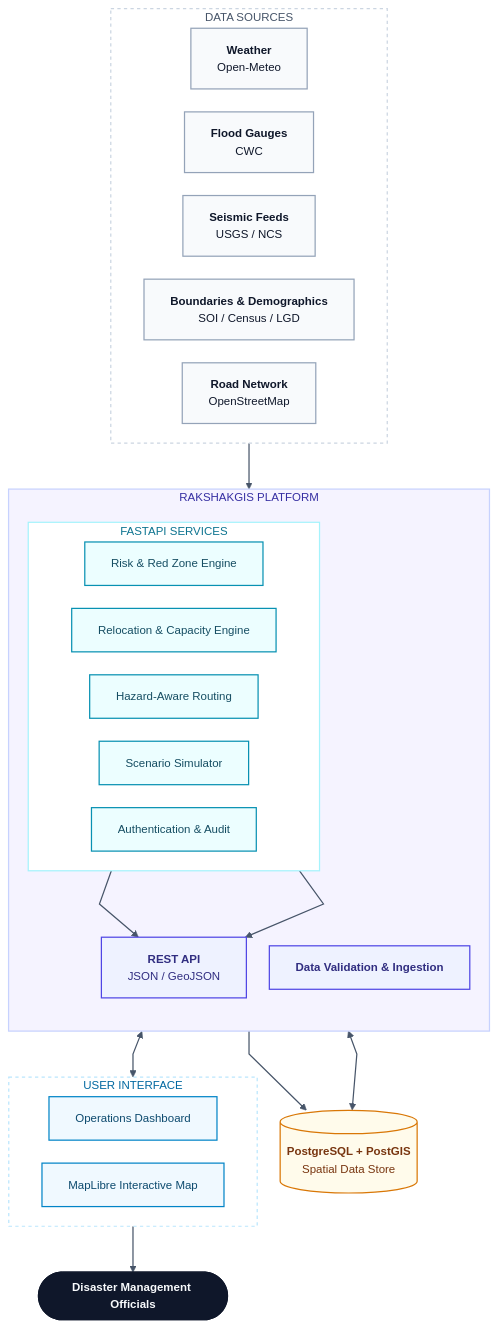
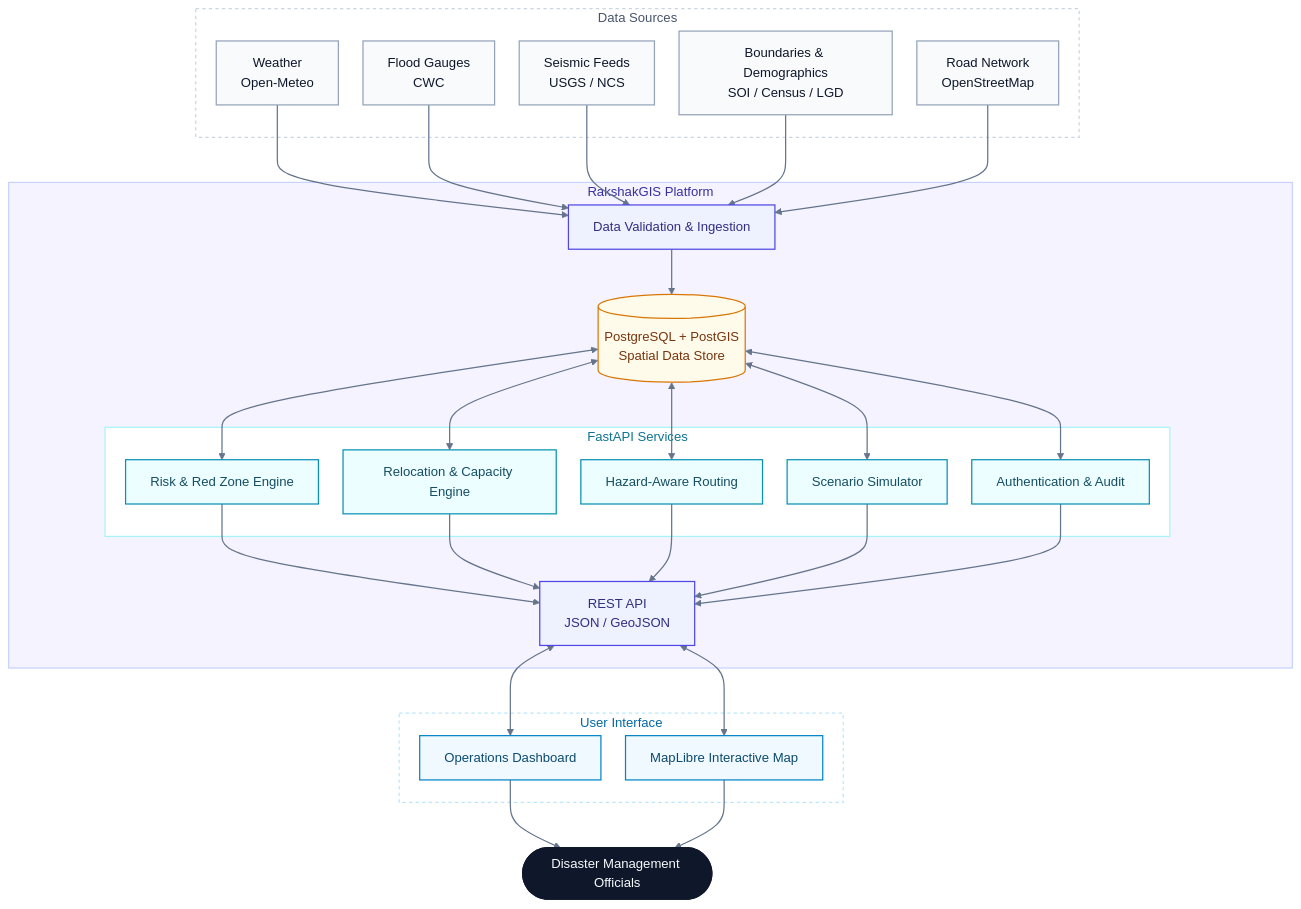
Before and after one commit to OjaswiJoshi13/rakshakgis: the first of 4 diagrams in README.md, drawn with Mermaid. The commit also changed other lines of this file, not shown here.

Commit message:
docs(readme): expand documentation with setup runbooks, layered architecture, and data workflows

````diff
--- a/README.md
+++ b/README.md
@@ -59,64 +63,58 @@
 ```mermaid
-%%{init: {'theme':'base','flowchart':{'curve':'linear','nodeSpacing':28,'rankSpacing':56,'padding':16},'themeVariables':{'fontFamily':'Inter, Segoe UI, Helvetica, Arial, sans-serif','fontSize':'14px','lineColor':'#475569'}}}%%
+%%{init: {'flowchart':{'curve':'basis','nodeSpacing':30,'rankSpacing':55}}}%%
 flowchart TB
-    subgraph INPUTS["DATA SOURCES"]
-        direction LR
-        weather["<b>Weather</b><br/>Open-Meteo"]
-        flood["<b>Flood Gauges</b><br/>CWC"]
-        seismic["<b>Seismic Feeds</b><br/>USGS / NCS"]
-        geo["<b>Boundaries & Demographics</b><br/>SOI / Census / LGD"]
-        roads["<b>Road Network</b><br/>OpenStreetMap"]
+    subgraph INPUTS["Data Sources"]
+        weather["Weather<br/>Open-Meteo"]
+        flood["Flood Gauges<br/>CWC"]
+        seismic["Seismic Feeds<br/>USGS / NCS"]
+        geo["Boundaries & Demographics<br/>SOI / Census / LGD"]
+        roads["Road Network<br/>OpenStreetMap"]
     end
 
-    subgraph PLATFORM["RAKSHAKGIS PLATFORM"]
-        direction TB
-        ingest["<b>Data Validation & Ingestion</b>"]
-        subgraph SERVICES["FASTAPI SERVICES"]
-            direction LR
+    subgraph PLATFORM["RakshakGIS Platform"]
+        ingest["Data Validation & Ingestion"]
+        db[("PostgreSQL + PostGIS<br/>Spatial Data Store")]
+        subgraph SERVICES["FastAPI Services"]
             risk["Risk & Red Zone Engine"]
             relocate["Relocation & Capacity Engine"]
             routing["Hazard-Aware Routing"]
             simulate["Scenario Simulator"]
             auth["Authentication & Audit"]
         end
-        api["<b>REST API</b><br/>JSON / GeoJSON"]
+        api["REST API<br/>JSON / GeoJSON"]
     end
 
-    db[("<b>PostgreSQL + PostGIS</b><br/>Spatial Data Store")]
-
-    subgraph CLIENT["USER INTERFACE"]
-        direction LR
+    subgraph CLIENT["User Interface"]
         dashboard["Operations Dashboard"]
         map["MapLibre Interactive Map"]
     end
 
-    officials(["<b>Disaster Management Officials</b>"])
+    officials(["Disaster Management Officials"])
 
-    INPUTS --> ingest
+    weather & flood & seismic & geo & roads --> ingest
     ingest --> db
-    db <--> SERVICES
-    SERVICES --> api
-    auth --> api
-    api <--> CLIENT
-    CLIENT --> officials
+    db <--> risk & relocate & routing & simulate & auth
+    risk & relocate & routing & simulate & auth --> api
+    api <--> dashboard & map
+    dashboard & map --> officials
 
     classDef source fill:#F8FAFC,stroke:#94A3B8,stroke-width:1.5px,color:#0F172A
     classDef pipeline fill:#EEF2FF,stroke:#4F46E5,stroke-width:1.5px,color:#312E81
     classDef service fill:#ECFEFF,stroke:#0891B2,stroke-width:1.5px,color:#164E63
     classDef store fill:#FFFBEB,stroke:#D97706,stroke-width:1.5px,color:#78350F
     classDef ui fill:#F0F9FF,stroke:#0284C7,stroke-width:1.5px,color:#0C4A6E
     classDef actor fill:#0F172A,stroke:#0F172A,stroke-width:1.5px,color:#F8FAFC
 
     class weather,flood,seismic,geo,roads source
     class ingest,api pipeline
     class risk,relocate,routing,simulate,auth service
     class db store
     class dashboard,map ui
     class officials actor
 
     style INPUTS fill:#FFFFFF,stroke:#CBD5E1,stroke-width:1.5px,stroke-dasharray:4 4,color:#475569
     style PLATFORM fill:#F5F3FF,stroke:#C7D2FE,stroke-width:1.5px,color:#3730A3
     style SERVICES fill:#FFFFFF,stroke:#A5F3FC,stroke-width:1.5px,color:#0E7490
     style CLIENT fill:#FFFFFF,stroke:#BAE6FD,stroke-width:1.5px,stroke-dasharray:4 4,color:#0369A1
-    linkStyle default stroke:#475569,stroke-width:1.5px
+    linkStyle default stroke:#64748B,stroke-width:1.5px
 ```
````
